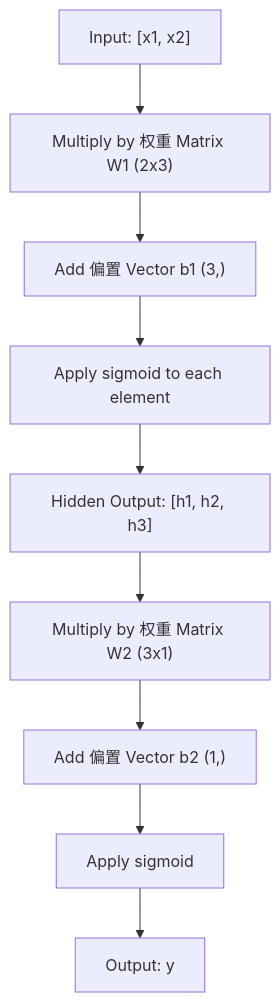
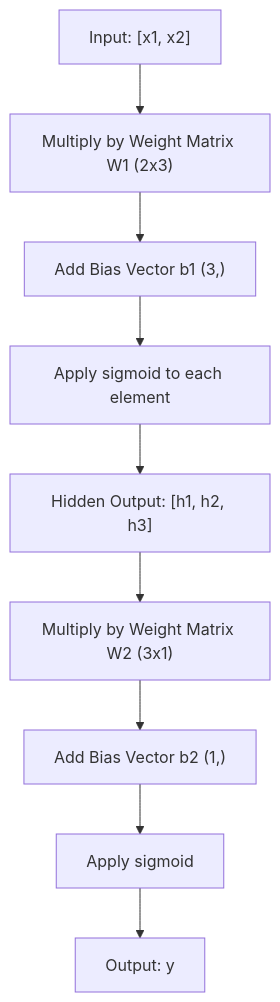
One commit to arwei944/ai-engineering-from-scratch changed the second of 3 diagrams in phases/03-deep-learning-core/02-multi-layer-networks/docs/zh.md. Above: the diagram before and after it, drawn with Mermaid. The commit also changed other lines of this file and 65 other files, not shown here.

````diff
--- a/phases/03-deep-learning-core/02-multi-layer-networks/docs/zh.md
+++ b/phases/03-deep-learning-core/02-multi-layer-networks/docs/zh.md
@@ -88,11 +88,11 @@
 ```mermaid
 graph TD
-    X["Input: [x1, x2]"] --> WH["Multiply by 权重 Matrix W1 (2x3)"]
-    WH --> BH["Add 偏置 Vector b1 (3,)"]
+    X["Input: [x1, x2]"] --> WH["Multiply by Weight Matrix W1 (2x3)"]
+    WH --> BH["Add Bias Vector b1 (3,)"]
     BH --> AH["Apply sigmoid to each element"]
     AH --> H["Hidden Output: [h1, h2, h3]"]
-    H --> WO["Multiply by 权重 Matrix W2 (3x1)"]
-    WO --> BO["Add 偏置 Vector b2 (1,)"]
+    H --> WO["Multiply by Weight Matrix W2 (3x1)"]
+    WO --> BO["Add Bias Vector b2 (1,)"]
     BO --> AO["Apply sigmoid"]
     AO --> Y["Output: y"]
 ```
````
